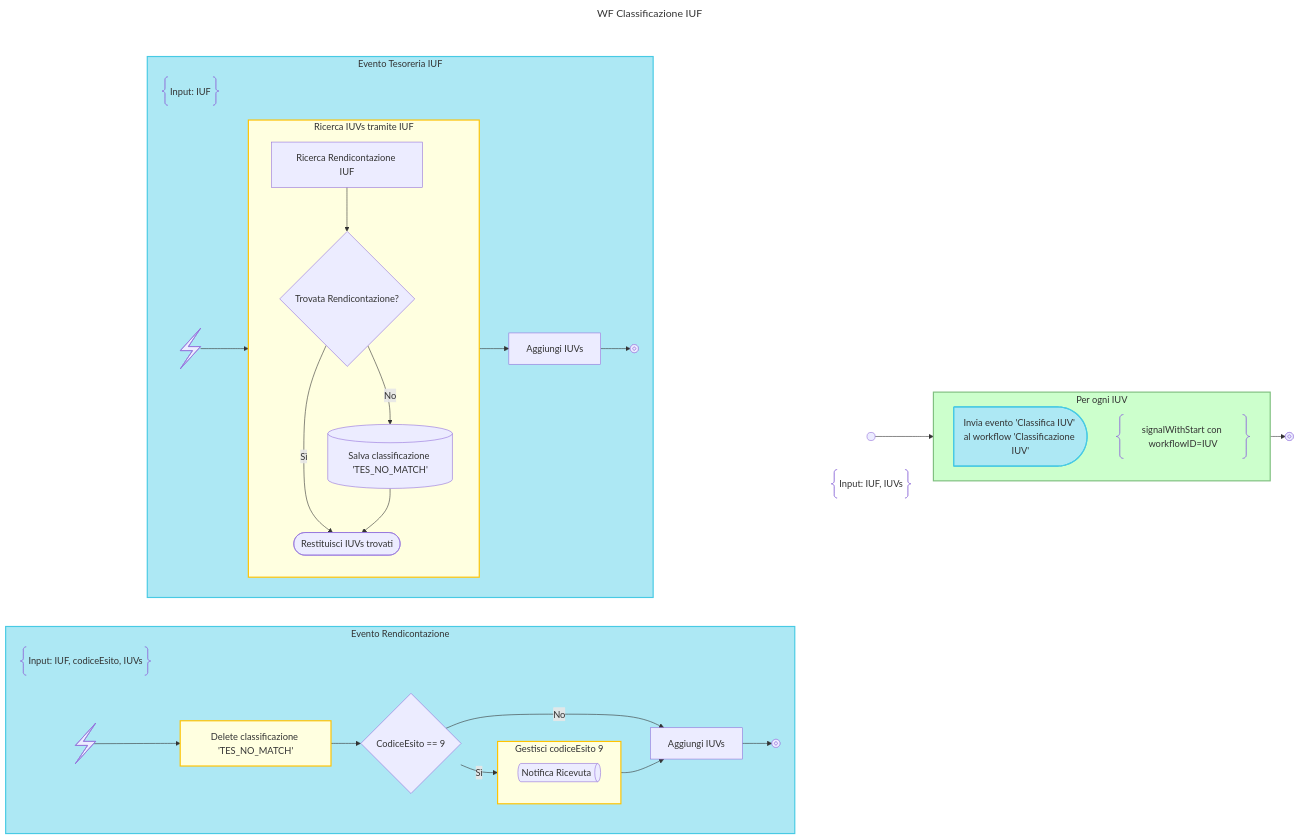
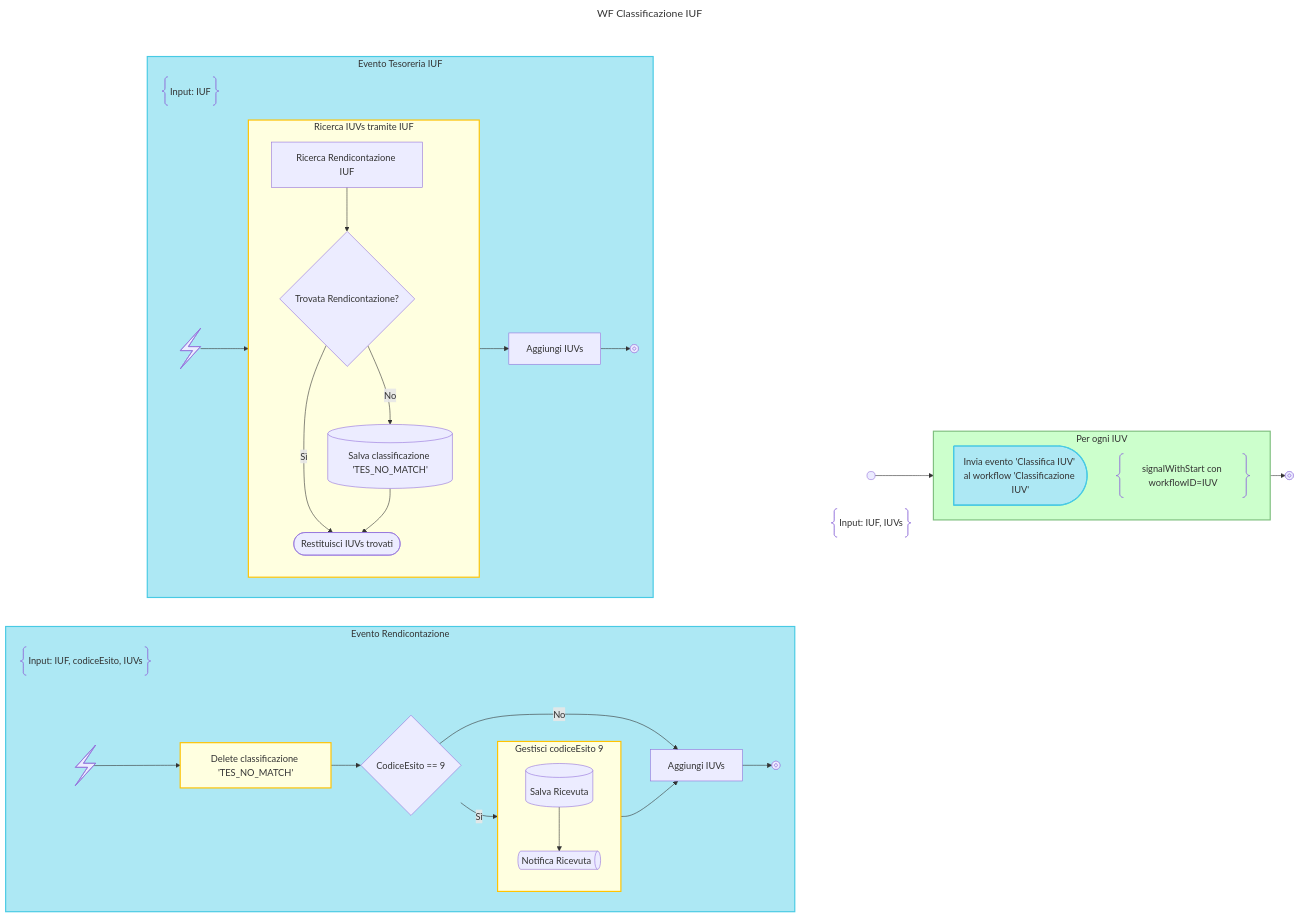
Before and after one commit to pagopa/p4pa-doc: the diagram in design/workflow/classificazioneIncassi/06.classificazioneIuf.mmd, drawn with Mermaid. The commit also changed 3 other files, not shown here.

```diff
--- a/design/workflow/classificazioneIncassi/06.classificazioneIuf.mmd
+++ b/design/workflow/classificazioneIncassi/06.classificazioneIuf.mmd
@@ -1,88 +1,89 @@
 ---
 title: WF Classificazione IUF
 config:
     flowchart:
         rankSpacing: 1
 ---
 flowchart TD
     subgraph WF_BLOCK
         subgraph NOTE_START_BLOCK
             DESCRIPTION@{ shape: braces, label: "Input: IUF, IUVs" }
             START@{shape: start}
         end
         class NOTE_START_BLOCK hidden
 
         START --> LOOP_IUVs
 
         subgraph LOOP_IUVs["Per ogni IUV"]
         direction TB
 
         SIGNAL_IUV:::send-signal@{shape: delay, label: "Invia evento 'Classifica IUV' al workflow 'Classificazione IUV'"}
         NOTE_SIGNAL_IUV@{ shape: braces, label: "signalWithStart con workflowID=IUV" }
         end
 
         LOOP_IUVs --> END@{shape: stop}
         class LOOP_IUVs loop
     end
     class WF_BLOCK hidden
 
     subgraph SIGNALS_BLOCK
     direction LR
 
         subgraph SIGNAL_RENDICONTAZIONE_BLOCK["Evento Rendicontazione"]
         direction LR
             DESCRIPTION_SIGNAL_RENDICONTAZIONE@{ shape: braces, label: "Input: IUF, codiceEsito, IUVs" } -->
             DUMMY1:::hidden --> DUMMY2:::hidden --> DUMMY3:::hidden --> DUMMY4:::hidden --> DUMMY5:::hidden
             linkStyle 2,3,4,5,6 display:none
 
             SIGNAL_RENDICONTAZIONE@{ shape: bolt } -->
             DELETE_CLASSIFY_NULL_IUV:::activity@{label: "Delete classificazione 'TES_NO_MATCH'"} -->
             IS_CODICEESITO9{"CodiceEsito == 9"} --> |Sì|HANDLE_CODICEESITO9
             subgraph HANDLE_CODICEESITO9["Gestisci codiceEsito 9"]
+                SAVE_RT@{shape: database, label: "Salva Ricevuta"} -->
                 SEND_RT_MSG@{shape: das, label: "Notifica Ricevuta"}
             end
             class HANDLE_CODICEESITO9 activity
 
             IS_CODICEESITO9 --> |No|ADD_RENDICONTAZIONE_IUVS
 
             HANDLE_CODICEESITO9 -->
             ADD_RENDICONTAZIONE_IUVS["Aggiungi IUVs "] -->
             SIGNAL_RENDICONTAZIONE_END@{ shape: "stop" }
         end
         class SIGNAL_RENDICONTAZIONE_BLOCK signal_block
 
         subgraph SIGNAL_TESORERIA_BLOCK["Evento Tesoreria IUF"]
         direction LR
             DESCRIPTION_SIGNAL_TESORERIA@{ shape: braces, label: "Input: IUF" } -->
             DUMMY6:::hidden --> DUMMY7:::hidden --> DUMMY8:::hidden
-            linkStyle 13,14,15 display:none
+            linkStyle 14,15,16 display:none
 
             SIGNAL_TESORERIA@{ shape: bolt } --> FIND_TESORERIA_IUVS_ACTIVITY
 
             subgraph FIND_TESORERIA_IUVS_ACTIVITY["Ricerca IUVs tramite IUF"]
 
                 FIND_TESORERIA_IUVS["Ricerca Rendicontazione IUF"] -->
                 EXISTS_RENDICONTAZIONE_TES{"Trovata Rendicontazione?"}
 
                 EXISTS_RENDICONTAZIONE_TES -->|Sì|RETURN_TESORERIA_IUVS@{shape: terminal, label: "Restituisci IUVs trovati"}
 
                 EXISTS_RENDICONTAZIONE_TES -->
                 |No|SAVE_TES_ANOMALY@{shape: database, label: "Salva classificazione 'TES_NO_MATCH'"} -->
                 RETURN_TESORERIA_IUVS
             end
             class FIND_TESORERIA_IUVS_ACTIVITY activity
 
             FIND_TESORERIA_IUVS_ACTIVITY -->
             ADD_TESORERIA_IUVS["Aggiungi IUVs "] -->
             SIGNAL_TESORERIA_END@{ shape: "stop" }
         end
         class SIGNAL_TESORERIA_BLOCK signal_block
     end
     class SIGNALS_BLOCK hidden
 
     classDef note_block display:none;
     classDef hidden display:none;
     classDef activity fill:#FFFFE0, stroke:#ffc300, stroke-width:2px;
     classDef loop fill:#CCFFCC, stroke:#7FBF7F, stroke-width:2px, padding-bottom: 5px;
     classDef signal_block fill:#ade8f4, stroke:#48cae4, stroke-width:2px
     classDef send-signal fill:#ade8f4, stroke:#48cae4, stroke-width:2px
```
